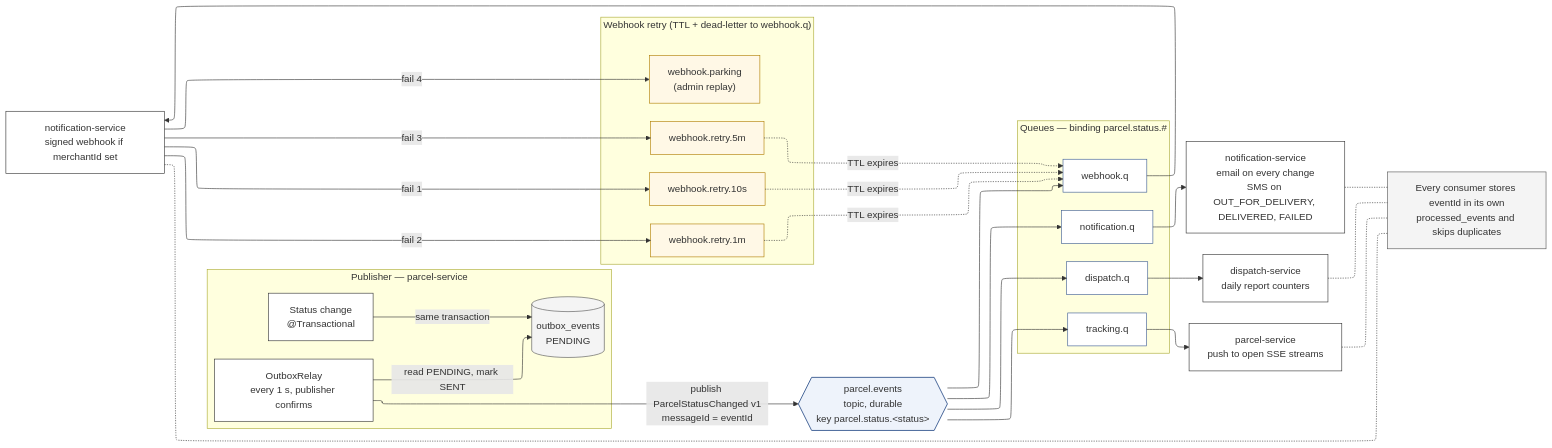
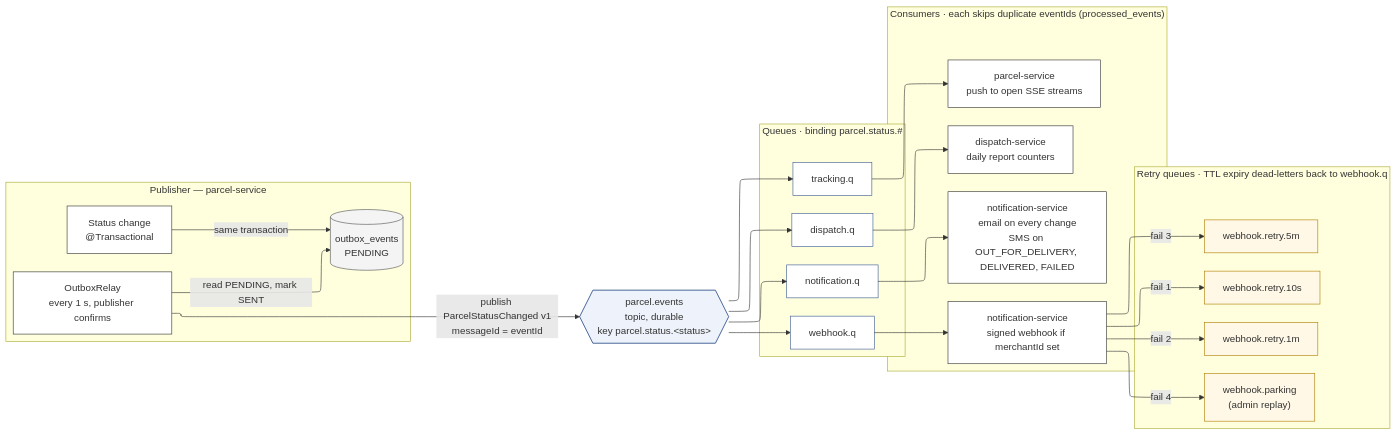
Before and after one commit to Sachintha-dilshan49/SwiftDrop: the diagram in docs/diagrams/integration/int-rabbitmq-topology.mmd, drawn with Mermaid. The commit also changed 11 other files, not shown here.

First line of the commit message:
docs(diagrams): fix layout of diagrams after a visual check

```diff
--- a/docs/diagrams/integration/int-rabbitmq-topology.mmd
+++ b/docs/diagrams/integration/int-rabbitmq-topology.mmd
@@ -1,57 +1,55 @@
 ---
 config:
   layout: elk
 ---
 %% Integration — RabbitMQ topology (broker, pub/sub, retry) · Role 1 with Role 6
 %% Source: docs/architecture.md v1.1 §6.3, ADR-002, ADR-005
 flowchart LR
   classDef svc fill:#ffffff,stroke:#333
   classDef ex fill:#eef3fb,stroke:#3b5b92,stroke-width:1.5px
   classDef q fill:#ffffff,stroke:#3b5b92
   classDef retry fill:#fff8e6,stroke:#b07d00
   classDef data fill:#f4f4f4,stroke:#555
 
   subgraph PUB["Publisher — parcel-service"]
     TX["Status change<br/>@Transactional"]:::svc
     OB[("outbox_events<br/>PENDING")]:::data
     RELAY["OutboxRelay<br/>every 1 s, publisher confirms"]:::svc
     TX -- "same transaction" --> OB
     RELAY -- "read PENDING, mark SENT" --> OB
   end
 
   EX{{"parcel.events<br/>topic, durable<br/>key parcel.status.&lt;status&gt;"}}:::ex
 
-  subgraph QUEUES["Queues — binding parcel.status.#"]
+  subgraph QUEUES["Queues · binding parcel.status.#"]
     NQ["notification.q"]:::q
     WQ["webhook.q"]:::q
     DQ["dispatch.q"]:::q
     TQ["tracking.q"]:::q
   end
 
-  subgraph RETRY["Webhook retry (TTL + dead-letter to webhook.q)"]
+  subgraph RETRY["Retry queues · TTL expiry dead-letters back to webhook.q"]
     R10["webhook.retry.10s"]:::retry
     R1["webhook.retry.1m"]:::retry
     R5["webhook.retry.5m"]:::retry
     PK["webhook.parking<br/>(admin replay)"]:::retry
   end
 
-  NOTIF_E["notification-service<br/>email on every change<br/>SMS on OUT_FOR_DELIVERY, DELIVERED, FAILED"]:::svc
-  NOTIF_W["notification-service<br/>signed webhook if merchantId set"]:::svc
-  DISP["dispatch-service<br/>daily report counters"]:::svc
-  TRACK["parcel-service<br/>push to open SSE streams"]:::svc
+  subgraph CONS["Consumers · each skips duplicate eventIds (processed_events)"]
+    NOTIF_E["notification-service<br/>email on every change<br/>SMS on OUT_FOR_DELIVERY, DELIVERED, FAILED"]:::svc
+    NOTIF_W["notification-service<br/>signed webhook if merchantId set"]:::svc
+    DISP["dispatch-service<br/>daily report counters"]:::svc
+    TRACK["parcel-service<br/>push to open SSE streams"]:::svc
+  end
 
   RELAY -- "publish ParcelStatusChanged v1<br/>messageId = eventId" --> EX
   EX --> NQ & WQ & DQ & TQ
   NQ --> NOTIF_E
   WQ --> NOTIF_W
   DQ --> DISP
   TQ --> TRACK
 
   NOTIF_W -- "fail 1" --> R10
   NOTIF_W -- "fail 2" --> R1
   NOTIF_W -- "fail 3" --> R5
   NOTIF_W -- "fail 4" --> PK
-  R10 & R1 & R5 -. "TTL expires" .-> WQ
-
-  IDEM["Every consumer stores eventId in its own<br/>processed_events and skips duplicates"]:::data
-  NOTIF_E & NOTIF_W & DISP & TRACK -.- IDEM
```
